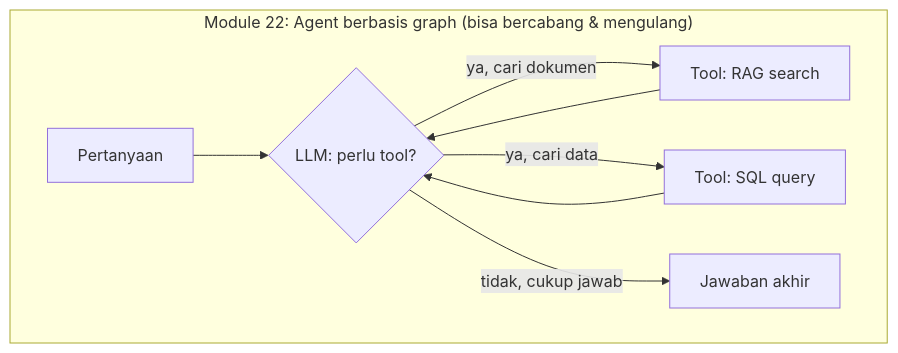
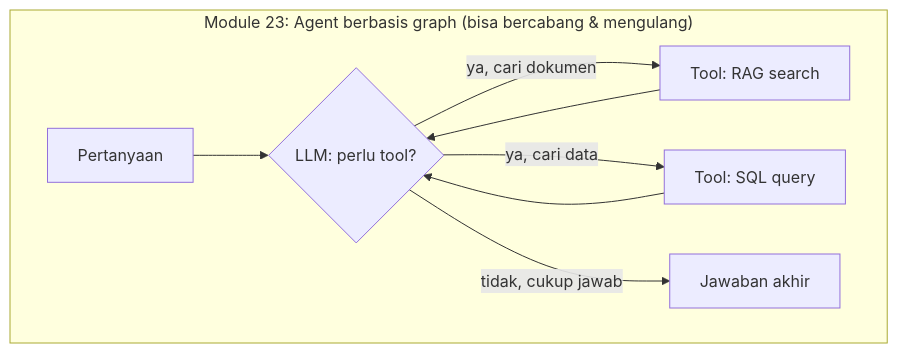
One commit to githubna-ilham/nala_ai changed the third of 6 diagrams in Module-23-LangGraph-Agent-Tool-Calling/materi.md. Above: the diagram before and after it, drawn with Mermaid. The commit also changed other lines of this file and 1 other file, not shown here.

Commit message:
Module 23-24 (dulu 22-23): perbaiki H1 title dan semua cross-reference nomor modul setelah pemisahan Module 12/13

````diff
--- a/Module-23-LangGraph-Agent-Tool-Calling/materi.md
+++ b/Module-23-LangGraph-Agent-Tool-Calling/materi.md
@@ -50,12 +50,12 @@
 ```mermaid
 flowchart LR
-    subgraph "Module 22: Agent berbasis graph (bisa bercabang & mengulang)"
+    subgraph "Module 23: Agent berbasis graph (bisa bercabang & mengulang)"
         direction LR
         B1["Pertanyaan"] --> B2{"LLM: perlu tool?"}
         B2 -->|"ya, cari dokumen"| B3["Tool: RAG search"]
         B2 -->|"ya, cari data"| B4["Tool: SQL query"]
         B2 -->|"tidak, cukup jawab"| B5["Jawaban akhir"]
         B3 --> B2
         B4 --> B2
     end
 ```
````
